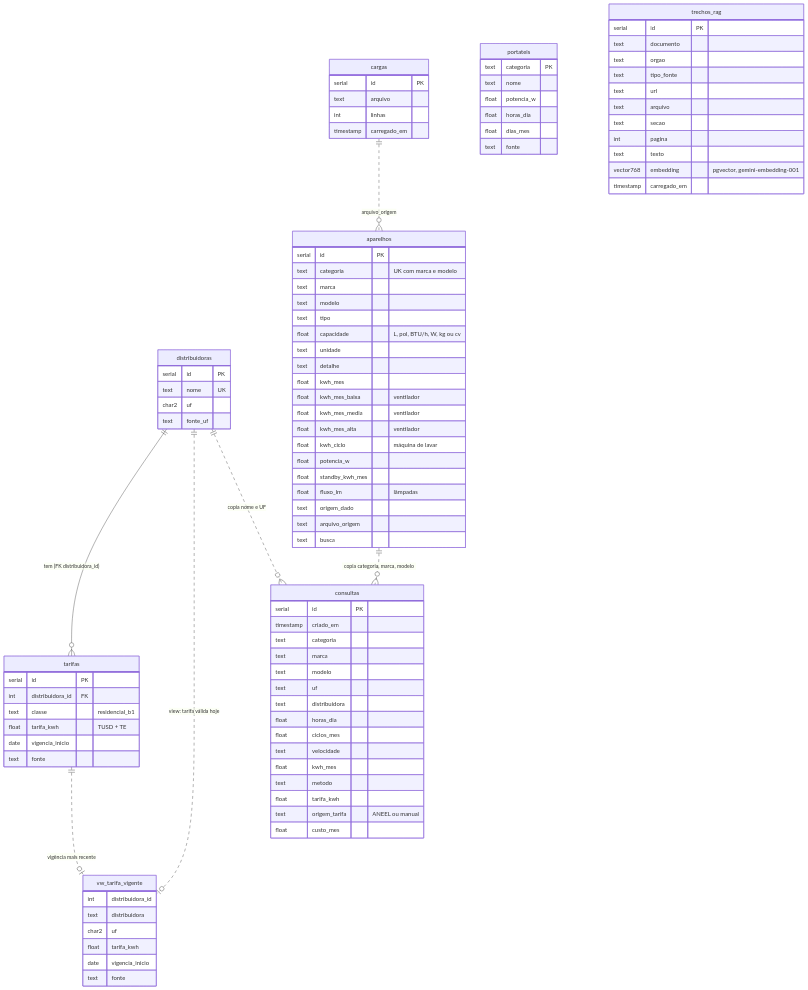
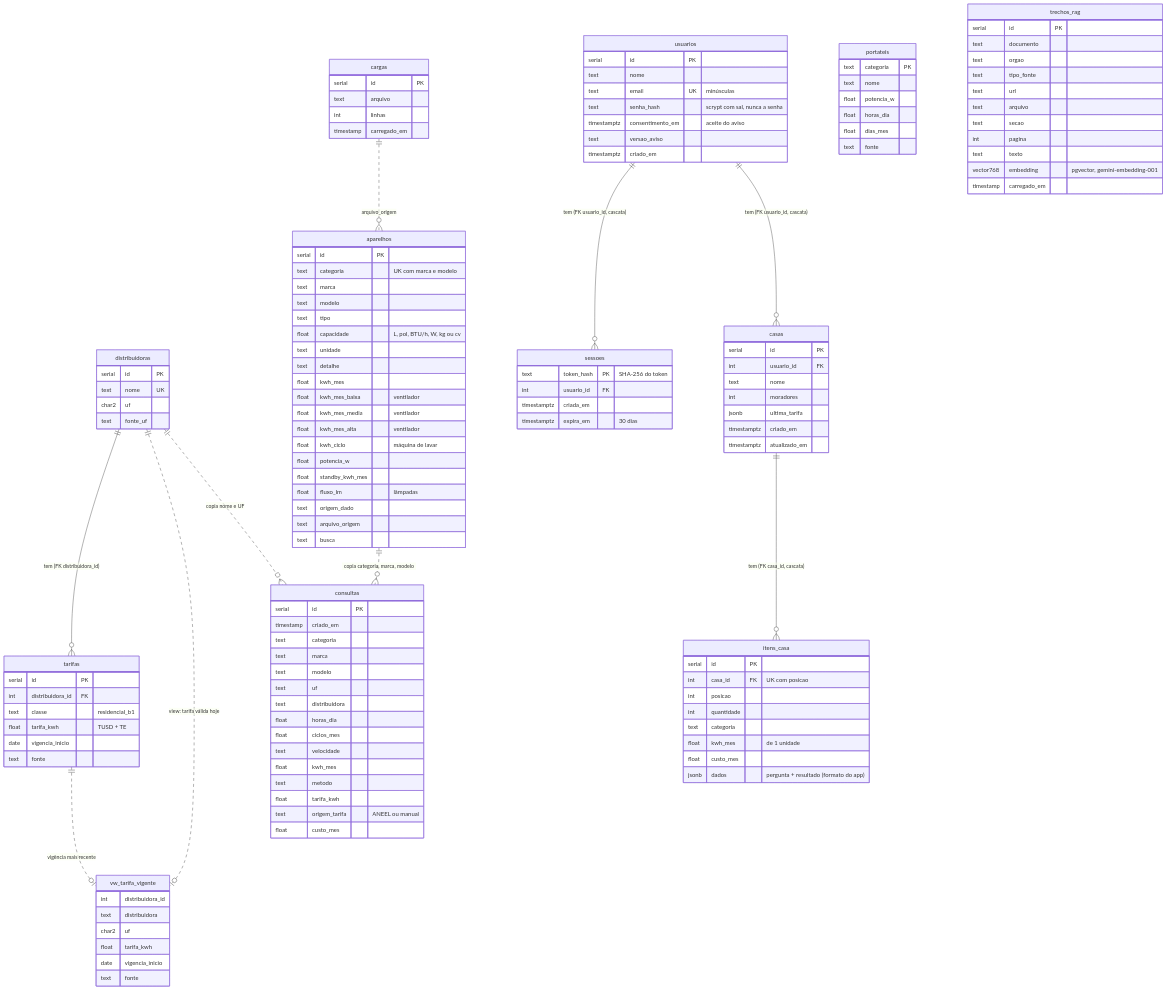
The diagram in docs/der.mmd (BrunoStainski/ProjetoTCS-2026), drawn with Mermaid before and after one commit. The commit also changed 21 other files, not shown here.

First line of the commit message:
Adiciona conta na nuvem com várias casas por pessoa

```diff
--- a/docs/der.mmd
+++ b/docs/der.mmd
@@ -1,108 +1,149 @@
 %% DER do banco do iamp (PostgreSQL 15 + pgvector). Fonte: src/banco.py (SCHEMA) e src/rag.py (RAG_SCHEMA).
 %% Linha cheia = chave estrangeira no banco. Linha tracejada = ligação lógica (mesmo valor, sem FK).
 %% Gerar a imagem: npx -p @mermaid-js/mermaid-cli mmdc -i docs/der.mmd -o docs/der.png -b white -s 2
 erDiagram
     distribuidoras ||--o{ tarifas : "tem (FK distribuidora_id)"
     distribuidoras ||..o| vw_tarifa_vigente : "view: tarifa válida hoje"
     tarifas ||..o| vw_tarifa_vigente : "vigência mais recente"
     aparelhos ||..o{ consultas : "copia categoria, marca, modelo"
     distribuidoras ||..o{ consultas : "copia nome e UF"
     cargas ||..o{ aparelhos : "arquivo_origem"
+    usuarios ||--o{ sessoes : "tem (FK usuario_id, cascata)"
+    usuarios ||--o{ casas : "tem (FK usuario_id, cascata)"
+    casas ||--o{ itens_casa : "tem (FK casa_id, cascata)"
 
     aparelhos {
         serial id PK
         text categoria "UK com marca e modelo"
         text marca
         text modelo
         text tipo
         float capacidade "L, pol, BTU/h, W, kg ou cv"
         text unidade
         text detalhe
         float kwh_mes
         float kwh_mes_baixa "ventilador"
         float kwh_mes_media "ventilador"
         float kwh_mes_alta "ventilador"
         float kwh_ciclo "máquina de lavar"
         float potencia_w
         float standby_kwh_mes
         float fluxo_lm "lâmpadas"
         text origem_dado
         text arquivo_origem
         text busca
     }
 
     distribuidoras {
         serial id PK
         text nome UK
         char2 uf
         text fonte_uf
     }
 
     tarifas {
         serial id PK
         int distribuidora_id FK
         text classe "residencial_b1"
         float tarifa_kwh "TUSD + TE"
         date vigencia_inicio
         text fonte
     }
 
     vw_tarifa_vigente {
         int distribuidora_id
         text distribuidora
         char2 uf
         float tarifa_kwh
         date vigencia_inicio
         text fonte
     }
 
     cargas {
         serial id PK
         text arquivo
         int linhas
         timestamp carregado_em
     }
 
     consultas {
         serial id PK
         timestamp criado_em
         text categoria
         text marca
         text modelo
         text uf
         text distribuidora
         float horas_dia
         float ciclos_mes
         text velocidade
         float kwh_mes
         text metodo
         float tarifa_kwh
         text origem_tarifa "ANEEL ou manual"
         float custo_mes
     }
 
     portateis {
         text categoria PK
         text nome
         float potencia_w
         float horas_dia
         float dias_mes
         text fonte
     }
 
 
 
 
+    usuarios {
+        serial id PK
+        text nome
+        text email UK "minúsculas"
+        text senha_hash "scrypt com sal, nunca a senha"
+        timestamptz consentimento_em "aceite do aviso"
+        text versao_aviso
+        timestamptz criado_em
+    }
+
+    sessoes {
+        text token_hash PK "SHA-256 do token"
+        int usuario_id FK
+        timestamptz criada_em
+        timestamptz expira_em "30 dias"
+    }
+
+    casas {
+        serial id PK
+        int usuario_id FK
+        text nome
+        int moradores
+        jsonb ultima_tarifa
+        timestamptz criado_em
+        timestamptz atualizado_em
+    }
+
+    itens_casa {
+        serial id PK
+        int casa_id FK "UK com posicao"
+        int posicao
+        int quantidade
+        text categoria
+        float kwh_mes "de 1 unidade"
+        float custo_mes
+        jsonb dados "pergunta + resultado (formato do app)"
+    }
+
     trechos_rag {
         serial id PK
         text documento
         text orgao
         text tipo_fonte
         text url
         text arquivo
         text secao
         int pagina
         text texto
         vector768 embedding "pgvector, gemini-embedding-001"
         timestamp carregado_em
     }
```
